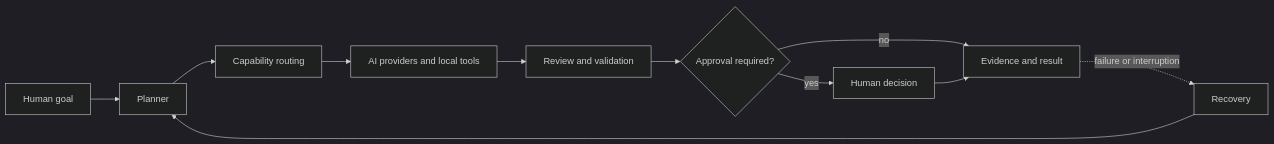
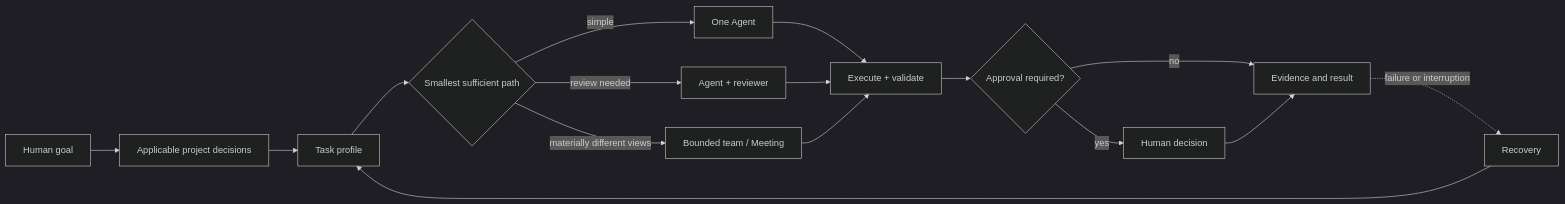
One commit to ryanshi1103/ai-workflow-foundry changed the diagram in README.md. Above: the diagram before and after it, drawn with Mermaid (dark theme). The commit also changed other lines of this file and 7 other files, not shown here.

````diff
--- a/README.md
+++ b/README.md
@@ -77,13 +87,18 @@
 ```mermaid
 flowchart LR
-    G[Human goal] --> P[Planner]
-    P --> R[Capability routing]
-    R --> T[AI providers and local tools]
-    T --> V[Review and validation]
+    G[Human goal] --> D[Applicable project decisions]
+    D --> P[Task profile]
+    P --> M{Smallest sufficient path}
+    M -->|simple| S[One Agent]
+    M -->|review needed| R[Agent + reviewer]
+    M -->|materially different views| T[Bounded team / Meeting]
+    S --> V[Execute + validate]
+    R --> V
+    T --> V
     V --> A{Approval required?}
     A -->|yes| H[Human decision]
     A -->|no| E[Evidence and result]
     H --> E
     E -. failure or interruption .-> C[Recovery]
     C --> P
 ```
````
